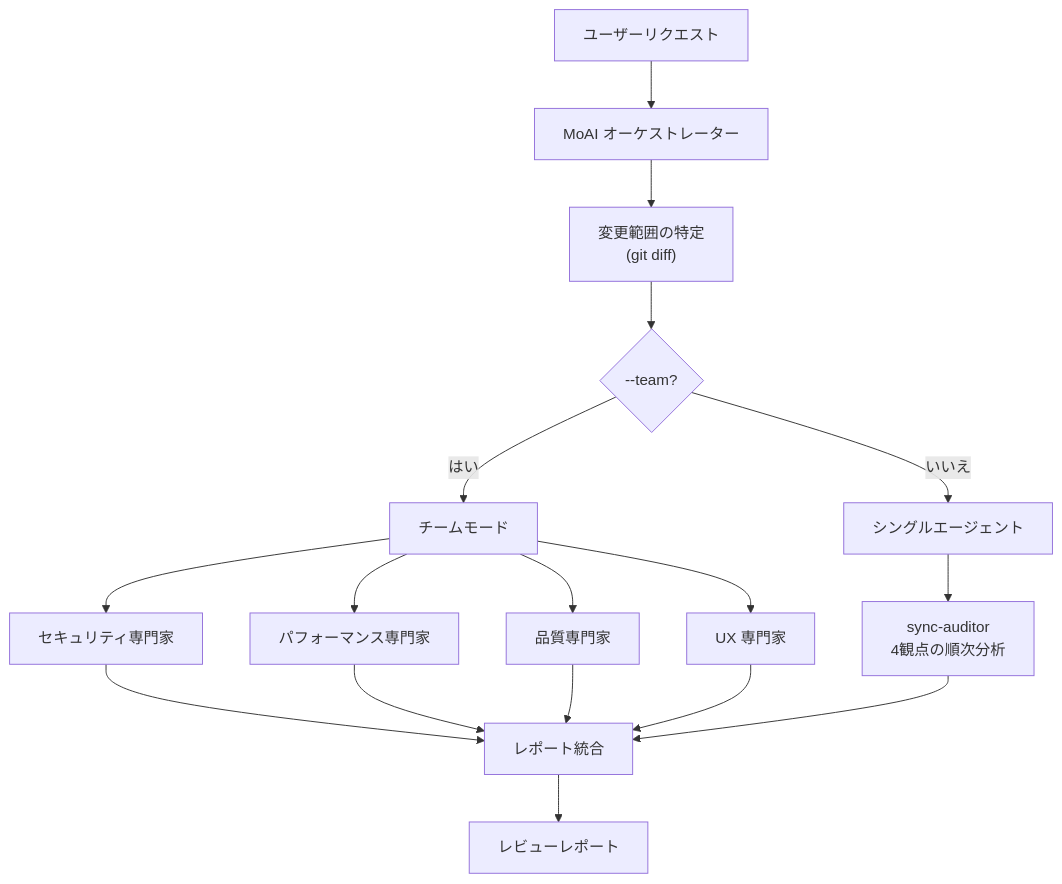
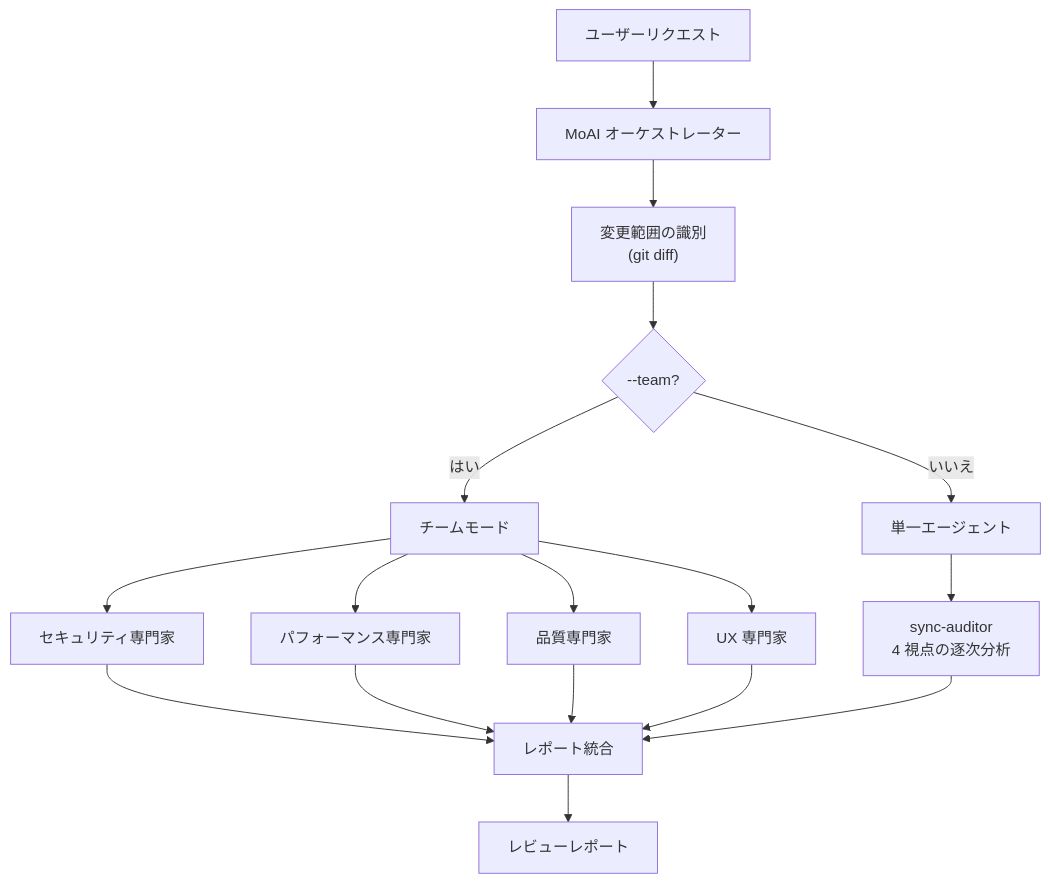
One commit to modu-ai/moai-adk changed the second of 2 diagrams in docs-site/content/ja/quality-commands/moai-review.md. Above: the diagram before and after it, drawn with Mermaid. The commit also changed other lines of this file and 395 other files, not shown here.

````diff
--- a/docs-site/content/ja/quality-commands/moai-review.md
+++ b/docs-site/content/ja/quality-commands/moai-review.md
@@ -223,24 +225,24 @@
 ```mermaid
 flowchart TD
     User["ユーザーリクエスト"] --> MoAI["MoAI オーケストレーター"]
-    MoAI --> Identify["変更範囲の特定<br/>(git diff)"]
+    MoAI --> Identify["変更範囲の識別<br/>(git diff)"]
     Identify --> Agent{"--team?"}
 
     Agent -->|はい| Team["チームモード"]
-    Agent -->|いいえ| Single["シングルエージェント"]
+    Agent -->|いいえ| Single["単一エージェント"]
 
     Team --> R1["セキュリティ専門家"]
     Team --> R2["パフォーマンス専門家"]
     Team --> R3["品質専門家"]
     Team --> R4["UX 専門家"]
 
-    Single --> Quality["sync-auditor<br/>4観点の順次分析"]
+    Single --> Quality["sync-auditor<br/>4 視点の逐次分析"]
 
     R1 --> Consolidate["レポート統合"]
     R2 --> Consolidate
     R3 --> Consolidate
     R4 --> Consolidate
     Quality --> Consolidate
 
     Consolidate --> Report["レビューレポート"]
 ```
````
